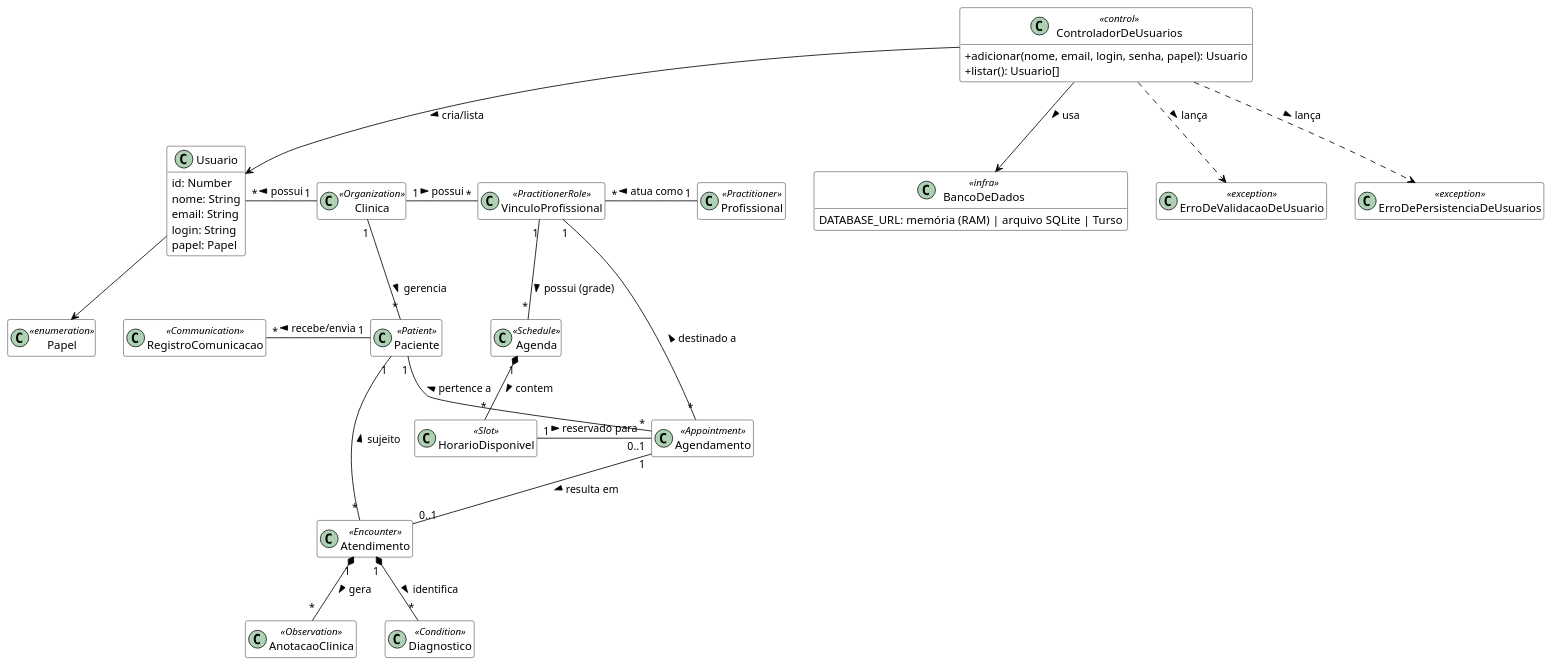
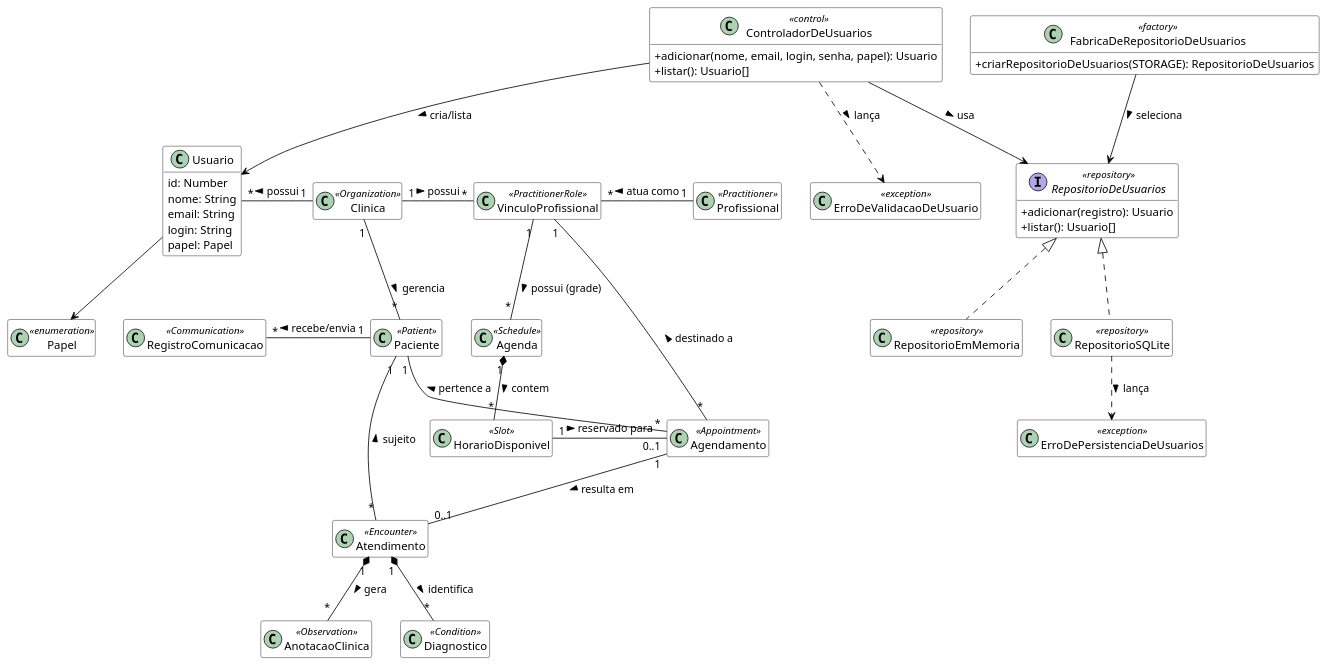
One commit to beatrizmontenegro07/projeto-metodos changed the diagram in docs/relatorio/codigos/classes-de-analise.puml. Above: the diagram before and after it, drawn with PlantUML. The commit also changed 21 other files, not shown here.

First line of the commit message:
refactor(users): swap storage mechanisms behind a repository interface

```diff
--- a/docs/relatorio/codigos/classes-de-analise.puml
+++ b/docs/relatorio/codigos/classes-de-analise.puml
@@ -1,80 +1,89 @@
 @startuml
 skinparam classAttributeIconSize 0
 hide empty methods
 hide empty attributes
 skinparam class {
     BackgroundColor White
     ArrowColor Black
     BorderColor Black
 }
 
 ' Entidades Principais e Administrativas
 class Clinica <<Organization>>
 class Usuario {
   id: Number
   nome: String
   email: String
   login: String
   papel: Papel
 }
 class Papel <<enumeration>>
 class Paciente <<Patient>>
 class Profissional <<Practitioner>>
 class VinculoProfissional <<PractitionerRole>>
 
 ' Controle, validação e persistência de usuários
 class ControladorDeUsuarios <<control>> {
   +adicionar(nome, email, login, senha, papel): Usuario
   +listar(): Usuario[]
 }
-class BancoDeDados <<infra>> {
-  DATABASE_URL: memória (RAM) | arquivo SQLite | Turso
+interface RepositorioDeUsuarios <<repository>> {
+  +adicionar(registro): Usuario
+  +listar(): Usuario[]
+}
+class RepositorioEmMemoria <<repository>>
+class RepositorioSQLite <<repository>>
+class FabricaDeRepositorioDeUsuarios <<factory>> {
+  +criarRepositorioDeUsuarios(STORAGE): RepositorioDeUsuarios
 }
 class ErroDeValidacaoDeUsuario <<exception>>
 class ErroDePersistenciaDeUsuarios <<exception>>
 
 ' Entidades de Agendamento (Módulo Ambulatorial)
 class Agenda <<Schedule>>
 class HorarioDisponivel <<Slot>>
 class Agendamento <<Appointment>>
 
 ' Entidades de Relacionamento (CRM)
 class RegistroComunicacao <<Communication>>
 
 ' Entidades Clínicas Básicas
 class Atendimento <<Encounter>>
 class AnotacaoClinica <<Observation>>
 class Diagnostico <<Condition>>
 
 ' Relacionamentos Estruturais
 Clinica "1" -down- "*" Paciente : gerencia >
 Clinica "1" -right- "*" VinculoProfissional : possui >
 Profissional "1" -left- "*" VinculoProfissional : atua como >
 Clinica "1" -left- "*" Usuario : possui >
 Usuario --> Papel
 
 ' Validação e persistência da Sprint 02
 ControladorDeUsuarios --> Usuario : cria/lista >
-ControladorDeUsuarios --> BancoDeDados : usa >
+ControladorDeUsuarios --> RepositorioDeUsuarios : usa >
 ControladorDeUsuarios ..> ErroDeValidacaoDeUsuario : lança >
-ControladorDeUsuarios ..> ErroDePersistenciaDeUsuarios : lança >
+RepositorioDeUsuarios <|.. RepositorioEmMemoria
+RepositorioDeUsuarios <|.. RepositorioSQLite
+RepositorioSQLite ..> ErroDePersistenciaDeUsuarios : lança >
+FabricaDeRepositorioDeUsuarios --> RepositorioDeUsuarios : seleciona >
 
 ' Relacionamentos de CRM e Comunicação
 Paciente "1" -left- "*" RegistroComunicacao : recebe/envia >
 
 ' Relacionamentos de Agendamento (Baseado na Grade Ambulatorial)
 VinculoProfissional "1" -down- "*" Agenda : possui (grade) >
 Agenda "1" *-down- "*" HorarioDisponivel : contem >
 HorarioDisponivel "1" -right- "0..1" Agendamento : reservado para >
 Agendamento "*" -up- "1" Paciente : pertence a >
 Agendamento "*" -up- "1" VinculoProfissional : destinado a >
 
 ' Relacionamentos do Encontro Clínico
 Agendamento "1" -down- "0..1" Atendimento : resulta em >
 Atendimento "*" -up- "1" Paciente : sujeito >
 
 ' Relacionamentos de Desfecho Clínico
 Atendimento "1" *-down- "*" AnotacaoClinica : gera >
 Atendimento "1" *-down- "*" Diagnostico : identifica >
 
 @enduml
```
